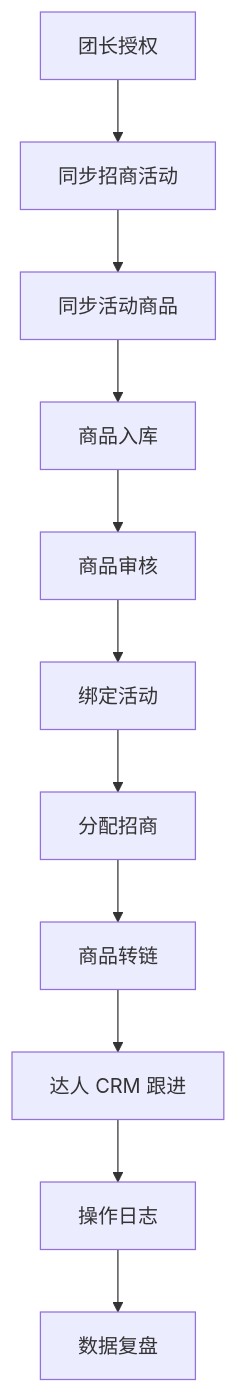
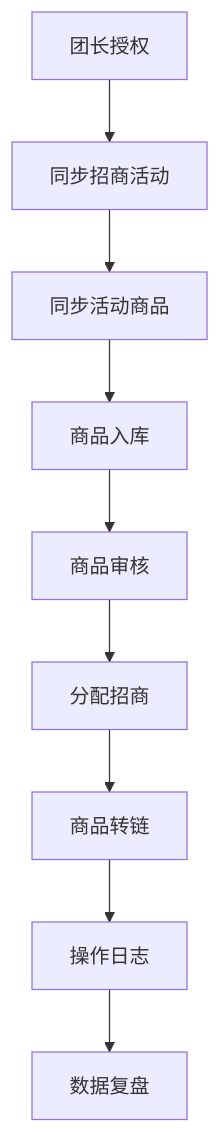
The diagram in docs/01-业务闭环.md (laoliu-463/saas), drawn with Mermaid before and after one commit. The commit also changed other lines of this file and 72 other files, not shown here.

````diff
--- a/docs/01-业务闭环.md
+++ b/docs/01-业务闭环.md
@@ -17,13 +31,11 @@
 ```mermaid
 flowchart TD
     A[团长授权] --> B[同步招商活动]
     B --> C[同步活动商品]
     C --> D[商品入库]
     D --> E[商品审核]
-    E --> F[绑定活动]
-    F --> G[分配招商]
-    G --> H[商品转链]
-    H --> I[达人 CRM 跟进]
-    I --> J[操作日志]
-    J --> K[数据复盘]
+    E --> F[分配招商]
+    F --> G[商品转链]
+    G --> H[操作日志]
+    H --> I[数据复盘]
 ```
````
